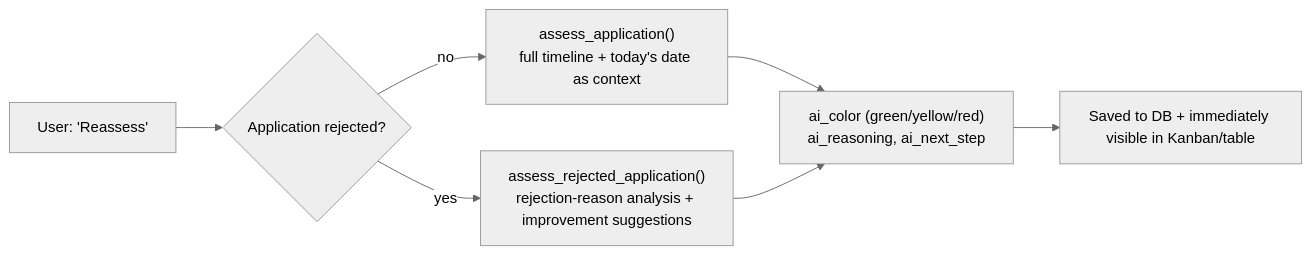
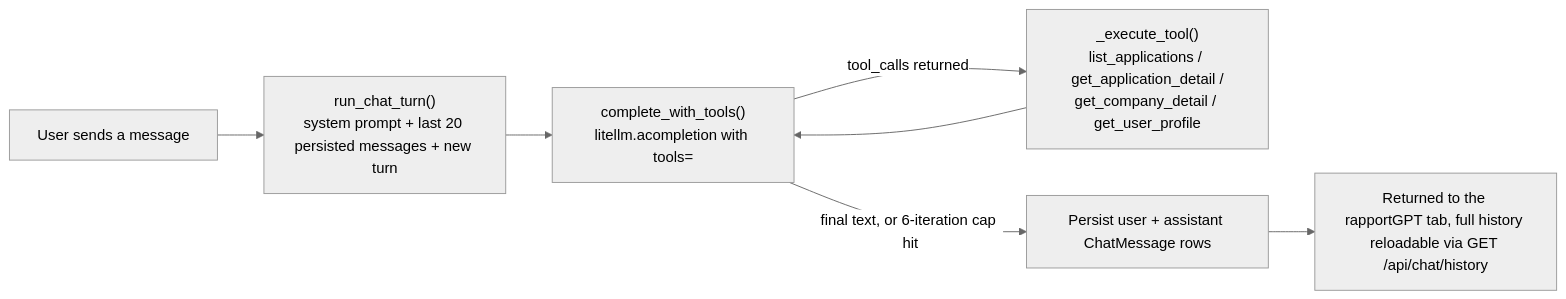
The fifth of 9 diagrams in docs/ARCHITECTURE.md (EGulinsky/rapport), drawn with Mermaid (neutral theme) before and after one commit. The commit also changed other lines of this file and 26 other files, not shown here.

First line of the commit message:
Remove old per-application AI assessment now that rapportGPT is live (v4.6.47)

````diff
--- a/docs/ARCHITECTURE.md
+++ b/docs/ARCHITECTURE.md
@@ -523,9 +528,9 @@
 ```mermaid
 flowchart LR
-    A[User: 'Reassess'] --> B{Application rejected?}
-    B -- no --> C["assess_application()<br/>full timeline + today's date as context"]
-    B -- yes --> D["assess_rejected_application()<br/>rejection-reason analysis + improvement suggestions"]
-    C --> E["ai_color (green/yellow/red)<br/>ai_reasoning, ai_next_step"]
-    D --> E
-    E --> F[Saved to DB + immediately visible in Kanban/table]
+    A[User sends a message] --> B["run_chat_turn()<br/>system prompt + last 20 persisted messages + new turn"]
+    B --> C["complete_with_tools()<br/>litellm.acompletion with tools="]
+    C -->|tool_calls returned| D["_execute_tool()<br/>list_applications / get_application_detail /<br/>get_company_detail / get_user_profile"]
+    D --> C
+    C -->|final text, or 6-iteration cap hit| E[Persist user + assistant ChatMessage rows]
+    E --> F[Returned to the rapportGPT tab, full history reloadable via GET /api/chat/history]
 ```
````
